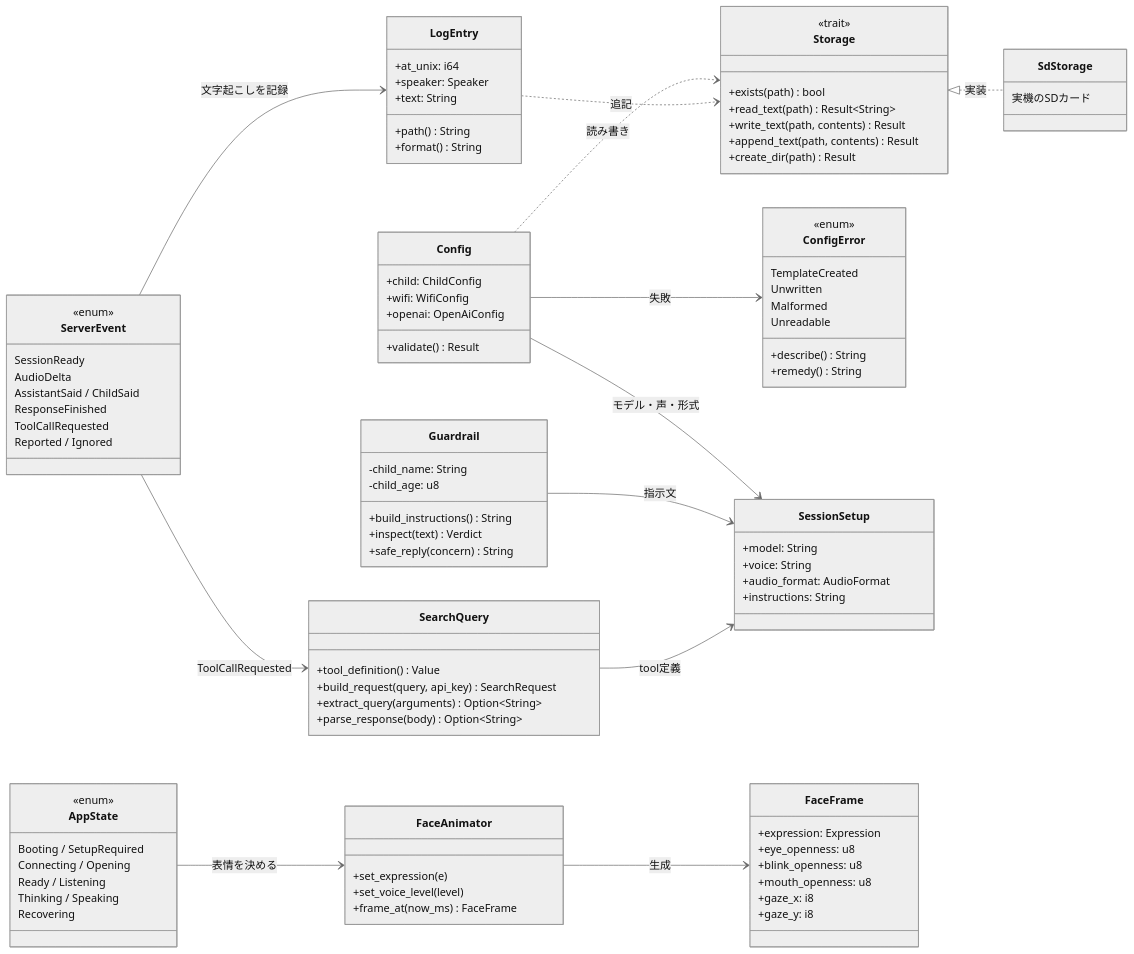
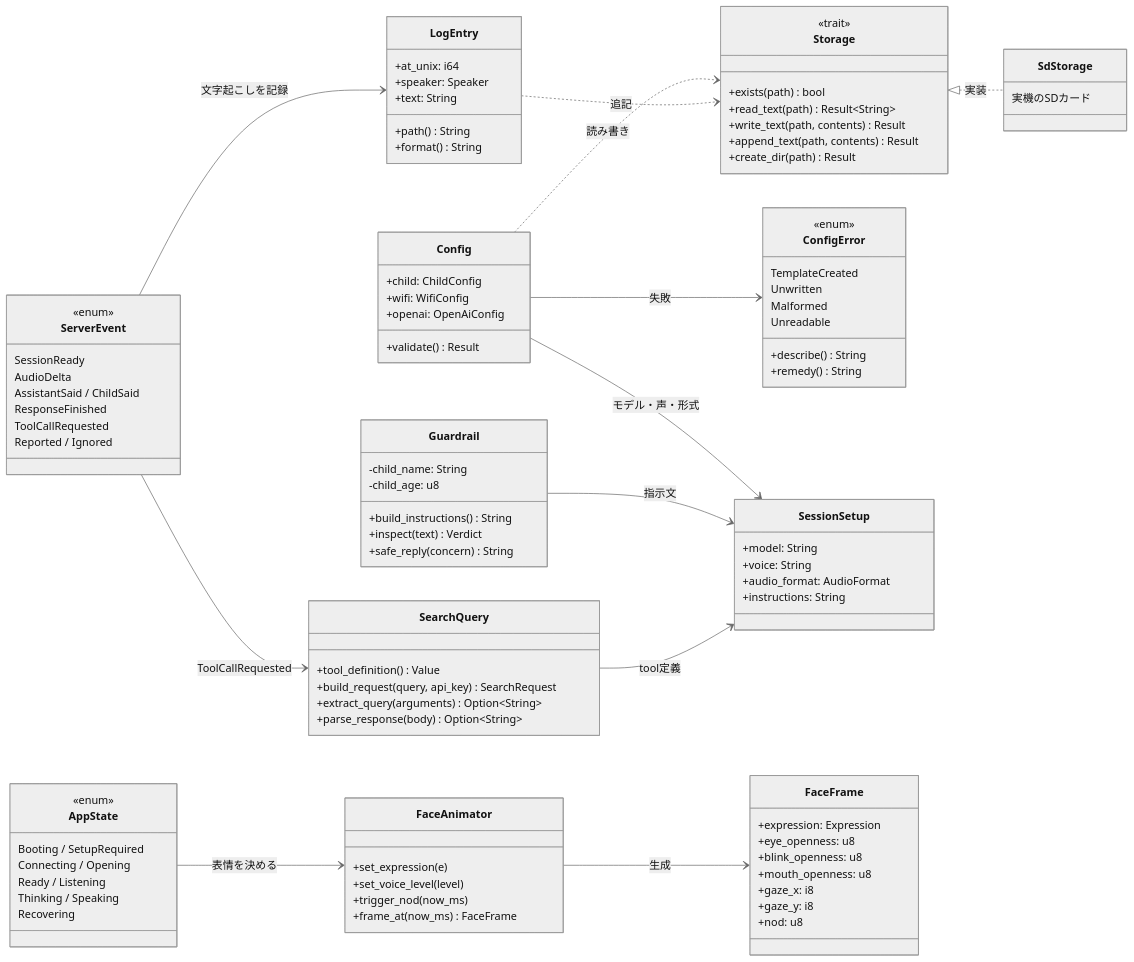
The second of 2 diagrams in docs/design/architecture.md (kibou-vision/m5a), drawn with Mermaid (neutral theme) before and after one commit. The commit also changed 4 other files, not shown here.

```diff
--- a/docs/design/architecture.md
+++ b/docs/design/architecture.md
@@ -103,6 +103,7 @@
   class FaceAnimator {
     +set_expression(e)
     +set_voice_level(level)
+    +trigger_nod(now_ms)
     +frame_at(now_ms) FaceFrame
   }
 
@@ -113,6 +114,7 @@
     +mouth_openness: u8
     +gaze_x: i8
     +gaze_y: i8
+    +nod: u8
   }
 
   class LogEntry {
```
